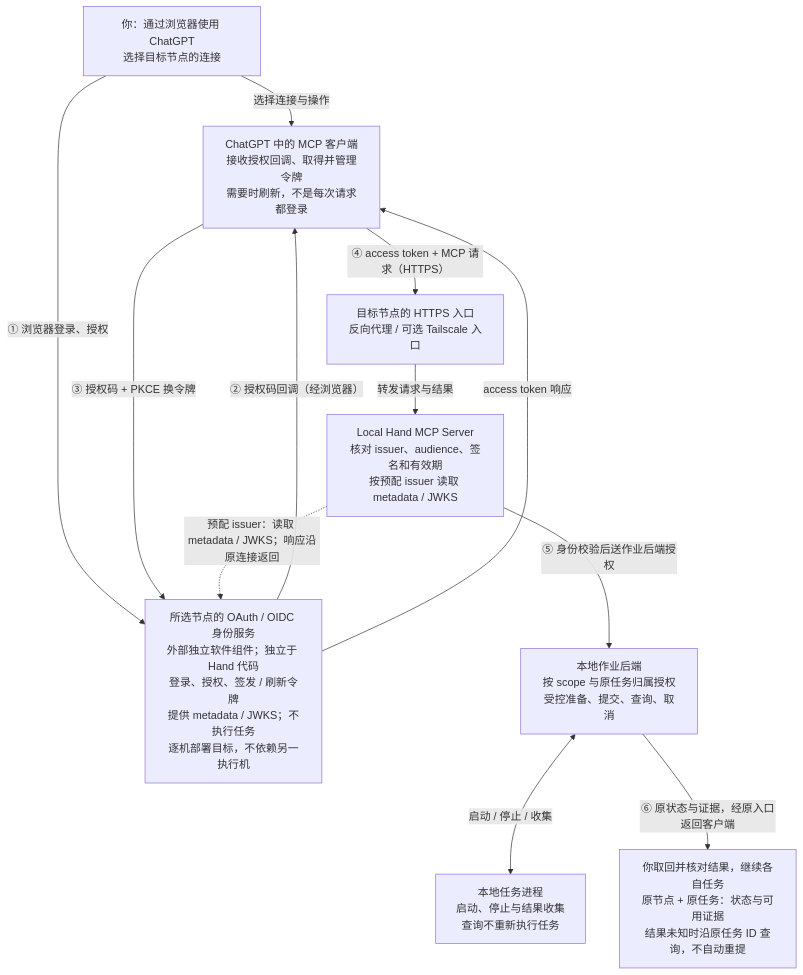
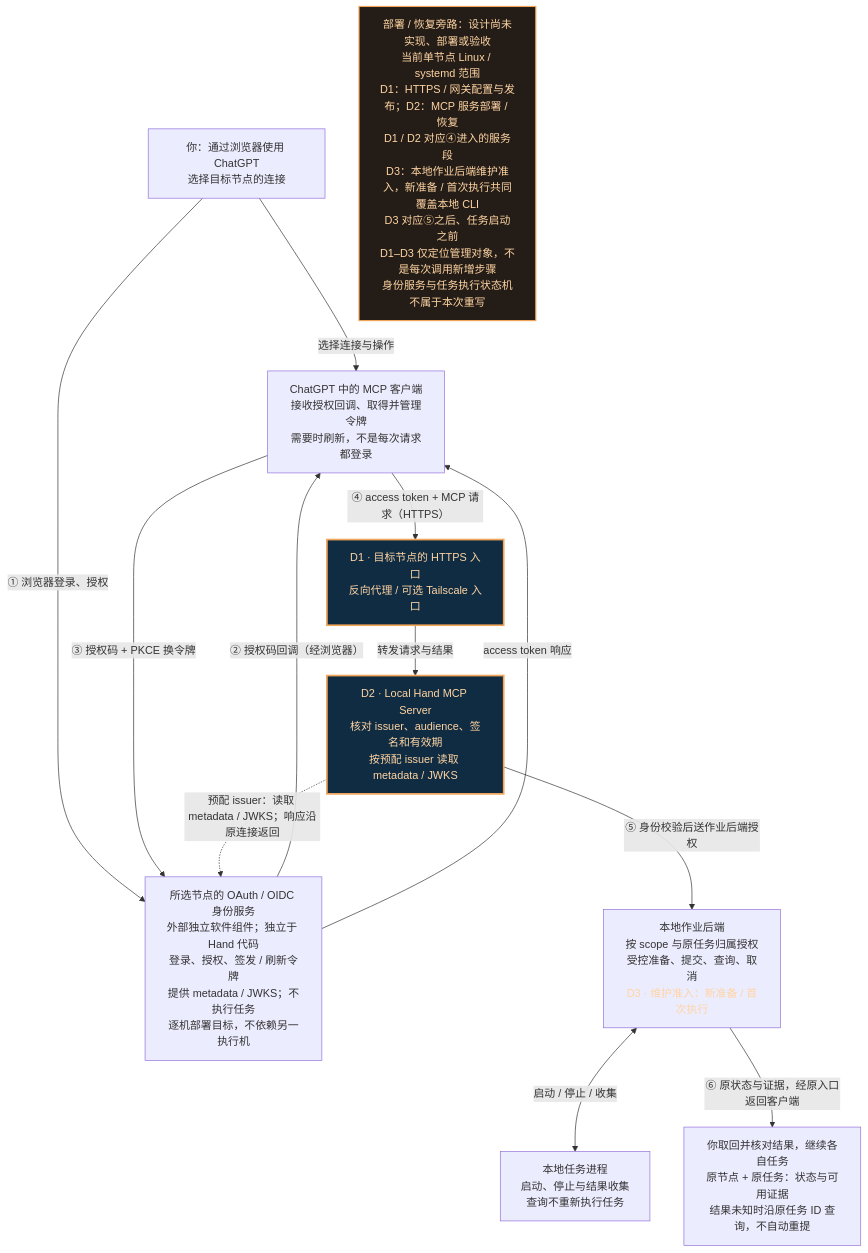
Before and after one commit to kongbu0621/infra-local-hand: the diagram in docs/diagrams/authenticated-connection.mmd, drawn with Mermaid. The commit also changed 7 other files, not shown here.

Commit message:
docs: mark deployment refactor locations across architecture diagrams

```diff
--- a/docs/diagrams/authenticated-connection.mmd
+++ b/docs/diagrams/authenticated-connection.mmd
@@ -1,31 +1,39 @@
 %% README communication diagram: maintained together with authenticated-connection.svg/png.
 %% Question: how does a caller authenticate to one selected node and receive task results?
 %% Target: each execution node owns its authentication and HTTPS entry dependencies.
 %% This diagram does not claim the deployed nodes have passed isolation acceptance.
 %% Token acquisition/refresh is not repeated for every MCP request.
+%% Orange D1-D3 locate deployment/recovery management targets; they are not call steps.
+%% This deployment/recovery design is not implemented; scope is one Linux/systemd node.
 flowchart TB
     U["你：通过浏览器使用 ChatGPT<br/>选择目标节点的连接"]
     C["ChatGPT 中的 MCP 客户端<br/>接收授权回调、取得并管理令牌<br/>需要时刷新，不是每次请求都登录"]
     I["所选节点的 OAuth / OIDC 身份服务<br/>外部独立软件组件；独立于 Hand 代码<br/>登录、授权、签发 / 刷新令牌<br/>提供 metadata / JWKS；不执行任务<br/>逐机部署目标，不依赖另一执行机"]
-    G["目标节点的 HTTPS 入口<br/>反向代理 / 可选 Tailscale 入口"]
-    S["Local Hand MCP Server<br/>核对 issuer、audience、签名和有效期<br/>按预配 issuer 读取 metadata / JWKS"]
-    B["本地作业后端<br/>按 scope 与原任务归属授权<br/>受控准备、提交、查询、取消"]
+    G["D1 · 目标节点的 HTTPS 入口<br/>反向代理 / 可选 Tailscale 入口"]
+    S["D2 · Local Hand MCP Server<br/>核对 issuer、audience、签名和有效期<br/>按预配 issuer 读取 metadata / JWKS"]
+    B["本地作业后端<br/>按 scope 与原任务归属授权<br/>受控准备、提交、查询、取消<br/><span style='color:#ffd4a3'>D3 · 维护准入：新准备 / 首次执行</span>"]
     T["本地任务进程<br/>启动、停止与结果收集<br/>查询不重新执行任务"]
     R["你取回并核对结果，继续各自任务<br/>原节点 + 原任务：状态与可用证据<br/>结果未知时沿原任务 ID 查询，不自动重提"]
 
     U -->|"选择连接与操作"| C
     U -->|"① 浏览器登录、授权"| I
     I -->|"② 授权码回调（经浏览器）"| C
     C -->|"③ 授权码 + PKCE 换令牌"| I
     I -->|"access token 响应"| C
     C -->|"④ access token + MCP 请求（HTTPS）"| G
     G -->|"转发请求与结果"| S
     S -.->|"预配 issuer：读取 metadata / JWKS；响应沿原连接返回"| I
     S -->|"⑤ 身份校验后送作业后端授权"| B
     B <-->|"启动 / 停止 / 收集"| T
     B -->|"⑥ 原状态与证据，经原入口返回客户端"| R
 
+    DEPLOY_NOTE["部署 / 恢复旁路：设计尚未实现、部署或验收<br/>当前单节点 Linux / systemd 范围<br/>D1：HTTPS / 网关配置与发布；D2：MCP 服务部署 / 恢复<br/>D1 / D2 对应④进入的服务段<br/>D3：本地作业后端维护准入，新准备 / 首次执行共同覆盖本地 CLI<br/>D3 对应⑤之后、任务启动之前<br/>D1–D3 仅定位管理对象，不是每次调用新增步骤<br/>身份服务与任务执行状态机不属于本次重写"]
+    classDef deploymentTarget fill:#102c42,stroke:#f2a65a,stroke-width:2.5px,color:#ffd4a3;
+    classDef deploymentNote fill:#241d17,stroke:#f2a65a,stroke-width:1.7px,color:#ffd4a3;
+    class G,S deploymentTarget;
+    class DEPLOY_NOTE deploymentNote;
+
     %% Local CLI / Unix socket uses OS identity and local permissions independently.
     %% The identity service never accepts a task execution instruction.
     %% Authentication metadata URLs are deployment inputs, not caller-supplied URLs.
     %% HTTPS entry and issuer dependencies must be checked independently from local recovery.
```
